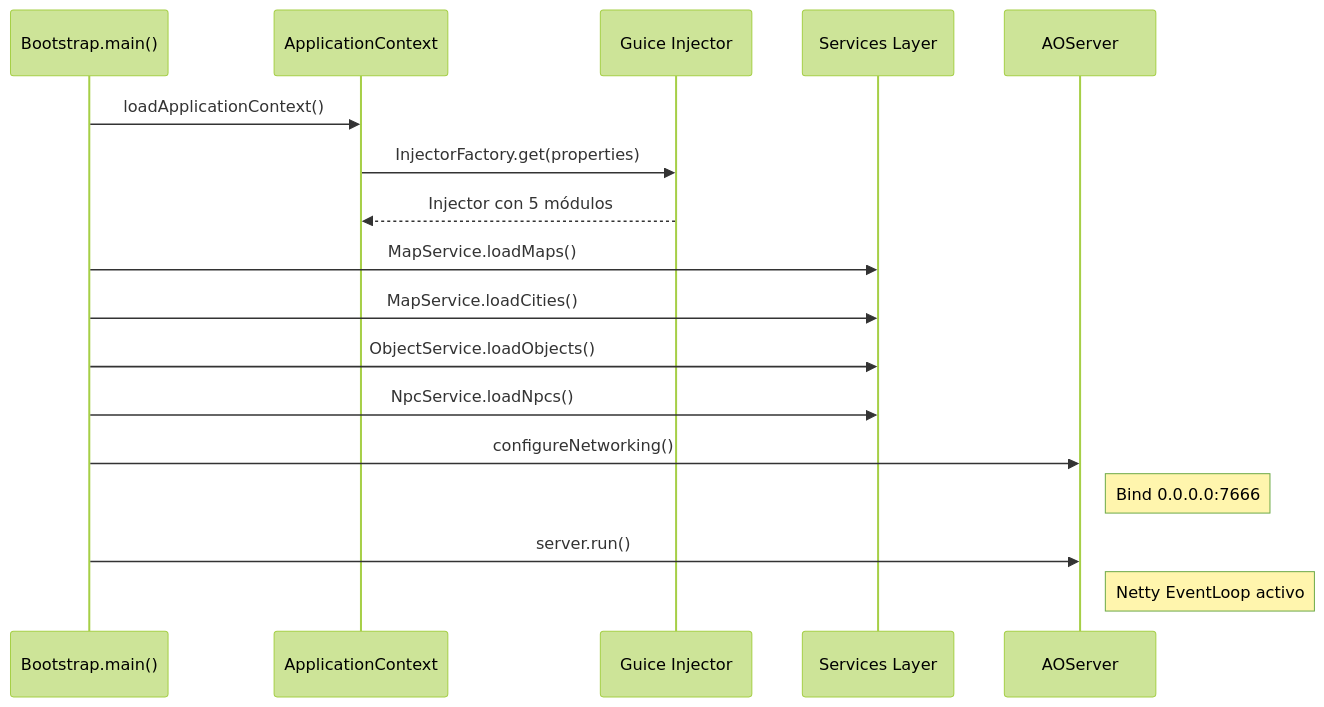
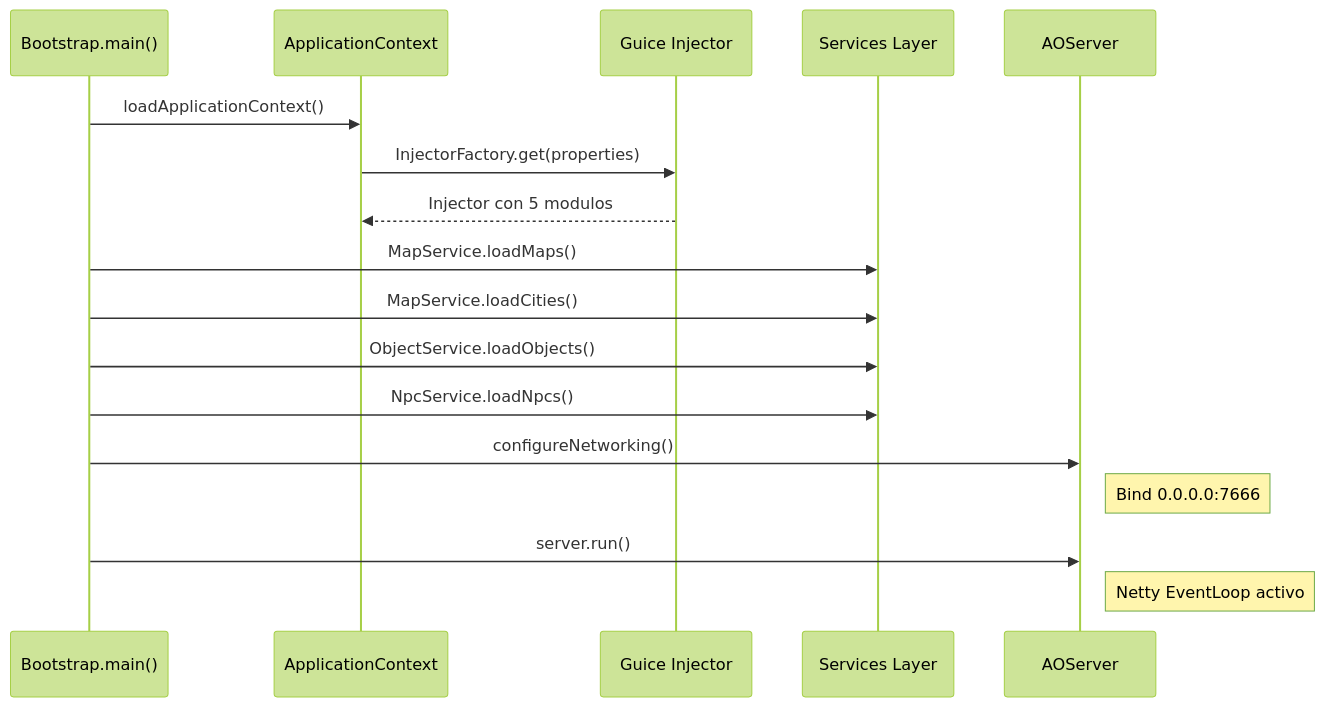
One commit to rusocode/ao-server changed the second of 5 diagrams in server-architecture.md. Above: the diagram before and after it, drawn with Mermaid (forest theme). The commit also changed other lines of this file and 17 other files, not shown here.

````diff
--- a/server-architecture.md
+++ b/server-architecture.md
@@ -208,23 +208,23 @@
 ```mermaid
 sequenceDiagram
     participant Main as Bootstrap.main()
     participant Ctx as ApplicationContext
     participant Guice as Guice Injector
     participant Services as Services Layer
     participant Server as AOServer
 
     Main->>Ctx: loadApplicationContext()
     Ctx->>Guice: InjectorFactory.get(properties)
-    Guice-->>Ctx: Injector con 5 módulos
+    Guice-->>Ctx: Injector con 5 modulos
 
     Main->>Services: MapService.loadMaps()
     Main->>Services: MapService.loadCities()
     Main->>Services: ObjectService.loadObjects()
     Main->>Services: NpcService.loadNpcs()
 
     Main->>Server: configureNetworking()
     Note right of Server: Bind 0.0.0.0:7666
 
     Main->>Server: server.run()
     Note right of Server: Netty EventLoop activo
 ```
````
